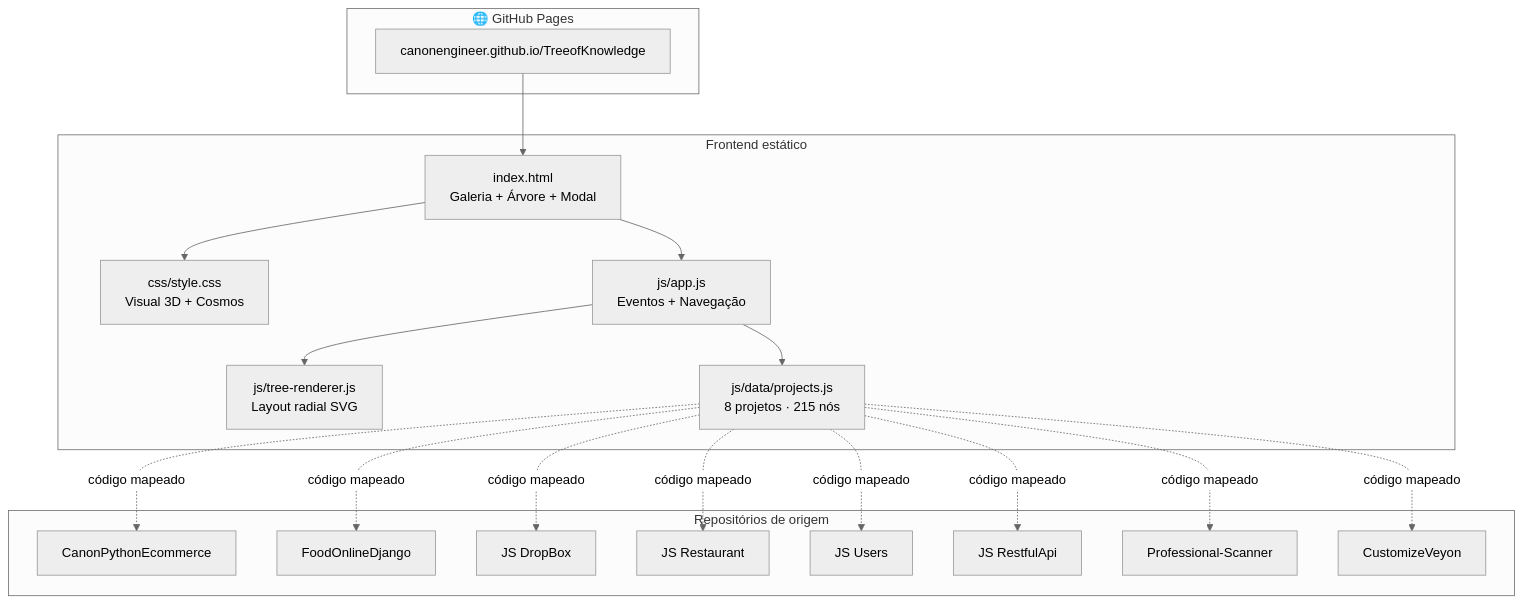
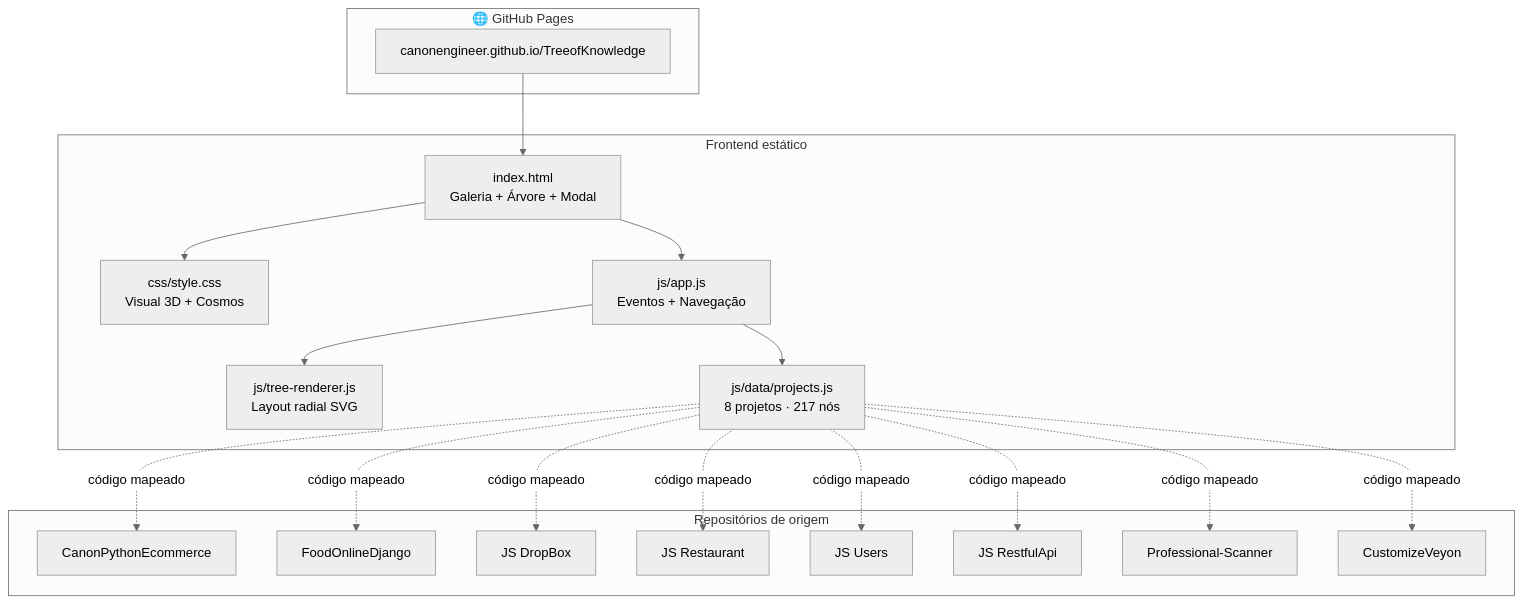
The first of 5 diagrams in README.md (CanonEngineer/TreeofKnowledge), drawn with Mermaid (neutral theme) before and after one commit. The commit also changed other lines of this file and 1 other file, not shown here.

````diff
--- a/README.md
+++ b/README.md
@@ -123,39 +123,39 @@
 ```mermaid
 flowchart TB
     subgraph PAGES["🌐 GitHub Pages"]
         URL["canonengineer.github.io/TreeofKnowledge"]
     end
 
     subgraph FRONT["Frontend estático"]
         HTML["index.html<br/>Galeria + Árvore + Modal"]
         CSS["css/style.css<br/>Visual 3D + Cosmos"]
         APP["js/app.js<br/>Eventos + Navegação"]
         RENDER["js/tree-renderer.js<br/>Layout radial SVG"]
-        DATA["js/data/projects.js<br/>8 projetos · 215 nós"]
+        DATA["js/data/projects.js<br/>8 projetos · 217 nós"]
     end
 
     subgraph PROJ["Repositórios de origem"]
         P1["CanonPythonEcommerce"]
         P2["FoodOnlineDjango"]
         P3["JS DropBox"]
         P4["JS Restaurant"]
         P5["JS Users"]
         P6["JS RestfulApi"]
         P7["Professional-Scanner"]
         P8["CustomizeVeyon"]
     end
 
     URL --> HTML
     HTML --> CSS
     HTML --> APP
     APP --> RENDER
     APP --> DATA
     DATA -.->|código mapeado| P1
     DATA -.->|código mapeado| P2
     DATA -.->|código mapeado| P3
     DATA -.->|código mapeado| P4
     DATA -.->|código mapeado| P5
     DATA -.->|código mapeado| P6
     DATA -.->|código mapeado| P7
     DATA -.->|código mapeado| P8
 ```
````
